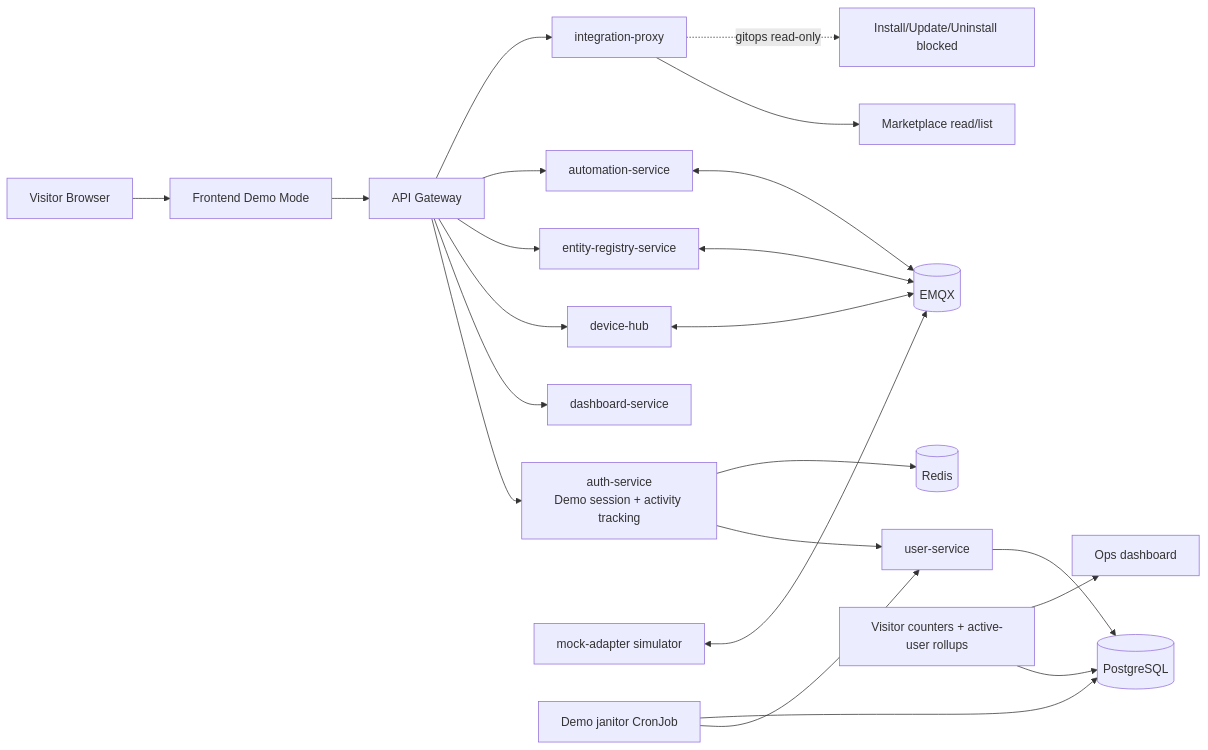
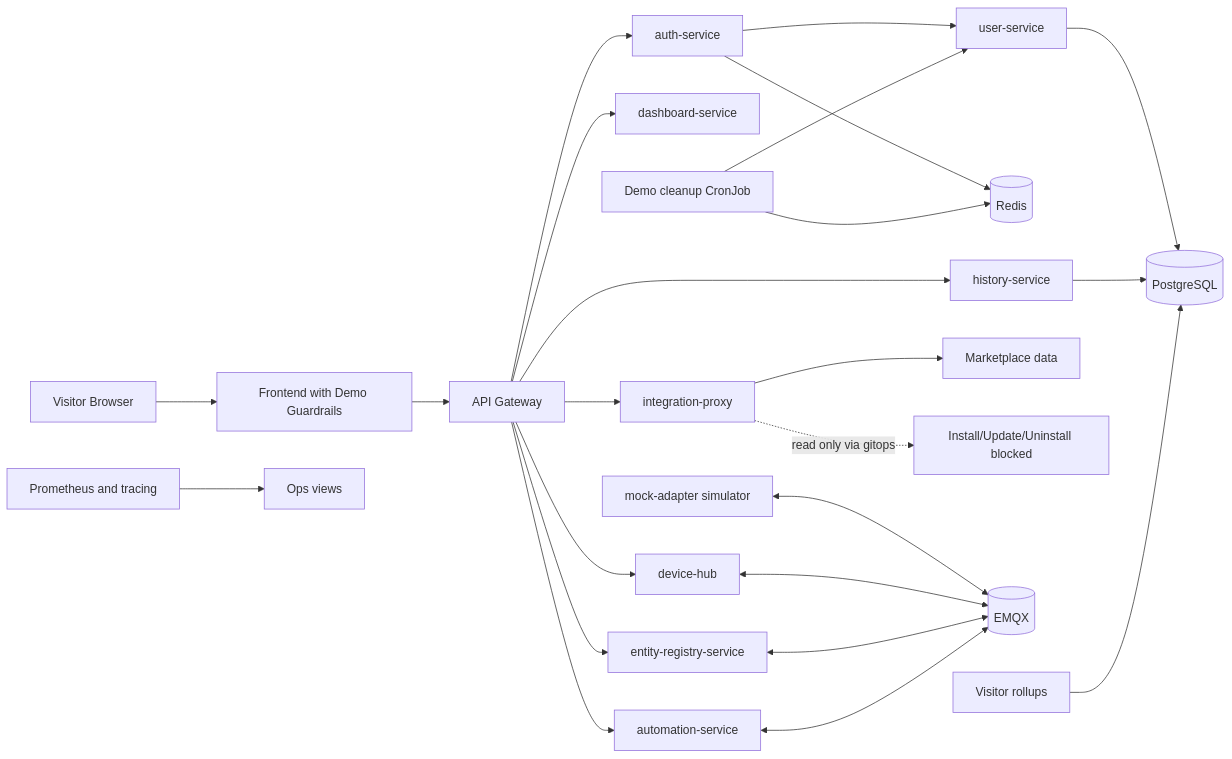
Before and after one commit to PetoAdam/homenavi: the first of 2 diagrams in doc/demo-instance-plan-kubernetes.md, drawn with Mermaid. The commit also changed other lines of this file and 3 other files, not shown here.

Commit message:
feat: add copilot and architect prompts for improved code generation and planning

````diff
--- a/doc/demo-instance-plan-kubernetes.md
+++ b/doc/demo-instance-plan-kubernetes.md
@@ -53,29 +73,31 @@
 ```mermaid
 flowchart LR
-  Visitor[Visitor Browser] --> FE[Frontend Demo Mode]
+  Visitor[Visitor Browser] --> FE[Frontend with Demo Guardrails]
   FE --> GW[API Gateway]
 
-  GW --> AUTH[auth-service\nDemo session + activity tracking]
+  GW --> AUTH[auth-service]
   AUTH --> USER[user-service]
   AUTH --> REDIS[(Redis)]
   USER --> PG[(PostgreSQL)]
 
   GW --> DASH[dashboard-service]
   GW --> DH[device-hub]
   GW --> ERS[entity-registry-service]
   GW --> AUTO[automation-service]
+  GW --> HIST[history-service]
   GW --> IP[integration-proxy]
 
-  IP --> MKT[Marketplace read/list]
-  IP -. gitops read-only .-> BLOCK[Install/Update/Uninstall blocked]
+  IP --> MKT[Marketplace data]
+  IP -. read only via gitops .-> BLOCK[Install/Update/Uninstall blocked]
 
   MOCK[mock-adapter simulator] <--> MQTT[(EMQX)]
   DH <--> MQTT
   ERS <--> MQTT
   AUTO <--> MQTT
+  HIST --> PG
 
-  JANITOR[Demo janitor CronJob] --> USER
-  JANITOR --> PG
-  ANALYTICS[Visitor counters + active-user rollups] --> PG
-  ANALYTICS --> GRAFANA[Ops dashboard]
+  JANITOR[Demo cleanup CronJob] --> USER
+  JANITOR --> REDIS
+  ANALYTICS[Visitor rollups] --> PG
+  OPS[Prometheus and tracing] --> GRAFANA[Ops views]
 ```
````
